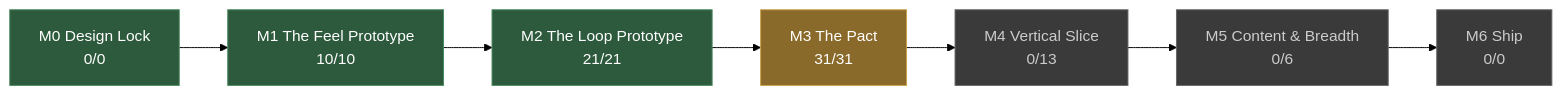
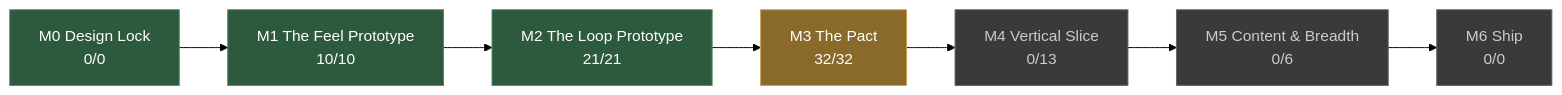
The diagram in docs/STATUS.md (JoshuaGessner/she), drawn with Mermaid (forest theme) before and after one commit. The commit also changed other lines of this file and 8 other files, not shown here.

````diff
--- a/docs/STATUS.md
+++ b/docs/STATUS.md
@@ -13,19 +13,19 @@
 ```mermaid
 flowchart LR
   M0["M0 Design Lock<br/>0/0"]:::passed
   M1["M1 The Feel Prototype<br/>10/10"]:::passed
   M0 --> M1
   M2["M2 The Loop Prototype<br/>21/21"]:::passed
   M1 --> M2
-  M3["M3 The Pact<br/>31/31"]:::current
+  M3["M3 The Pact<br/>32/32"]:::current
   M2 --> M3
   M4["M4 Vertical Slice<br/>0/13"]:::ahead
   M3 --> M4
   M5["M5 Content & Breadth<br/>0/6"]:::ahead
   M4 --> M5
   M6["M6 Ship<br/>0/0"]:::ahead
   M5 --> M6
   classDef passed fill:#2d5a3d,stroke:#4a8a5f,color:#fff
   classDef current fill:#8a6a2a,stroke:#c8a04a,color:#fff
   classDef ahead fill:#3a3a3a,stroke:#666,color:#ccc
 ```
````
